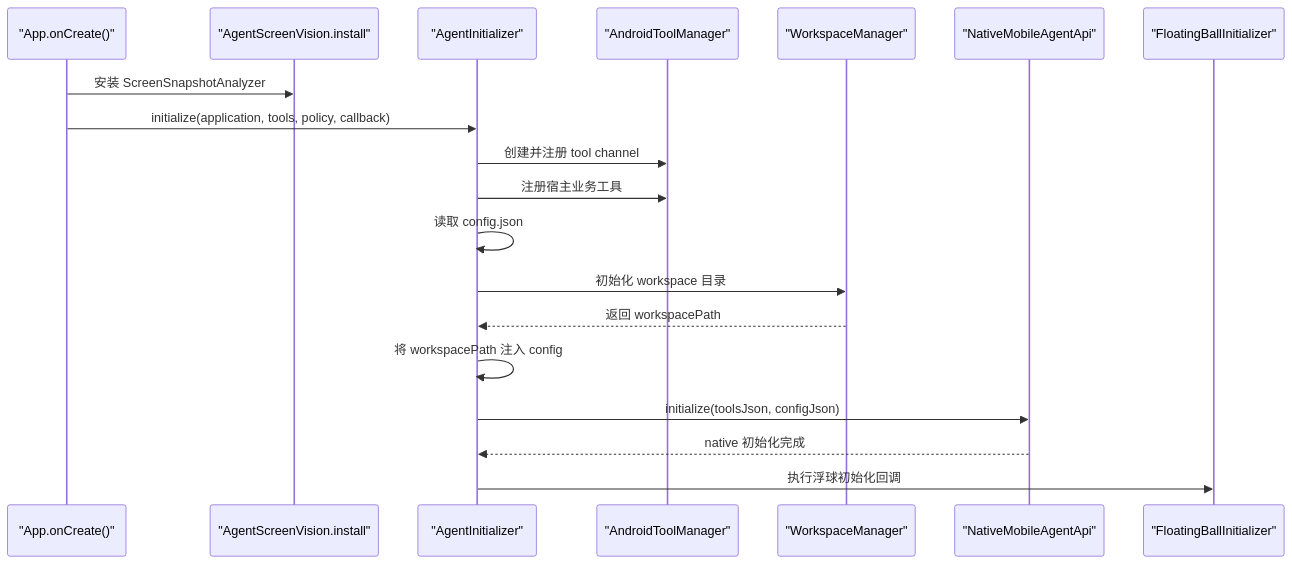
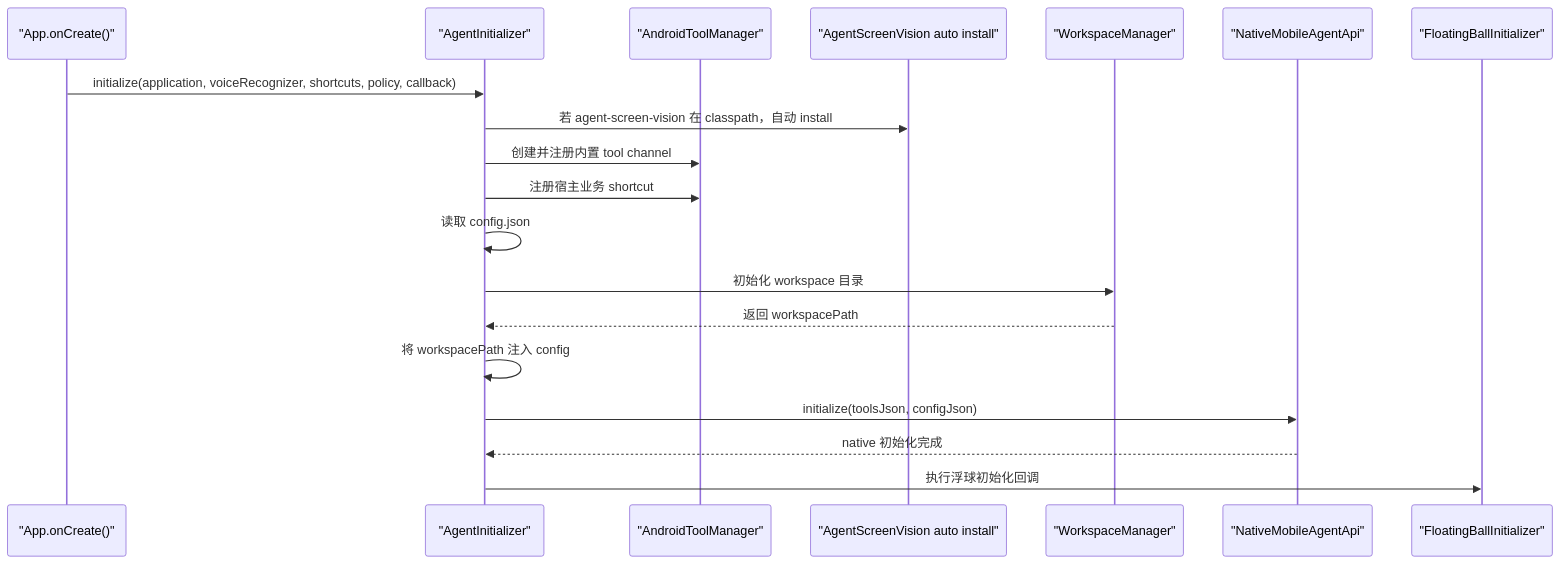
Before and after one commit to xxcai/mobile-agent: the first of 8 diagrams in docs/architecture/current-agent-business-flow-sequence.md, drawn with Mermaid. The commit also changed other lines of this file and 1 other file, not shown here.

Commit message:
docs: document merged agent flow and web dom path

````diff
--- a/docs/architecture/current-agent-business-flow-sequence.md
+++ b/docs/architecture/current-agent-business-flow-sequence.md
@@ -26,22 +27,22 @@
 ```mermaid
 sequenceDiagram
     participant App as "App.onCreate()"
-    participant VisionInstall as "AgentScreenVision.install"
     participant Init as "AgentInitializer"
     participant ToolManager as "AndroidToolManager"
+    participant Vision as "AgentScreenVision auto install"
     participant Workspace as "WorkspaceManager"
     participant Native as "NativeMobileAgentApi"
     participant Floating as "FloatingBallInitializer"
 
-    App->>VisionInstall: 安装 ScreenSnapshotAnalyzer
-    App->>Init: initialize(application, tools, policy, callback)
-    Init->>ToolManager: 创建并注册 tool channel
-    Init->>ToolManager: 注册宿主业务工具
+    App->>Init: initialize(application, voiceRecognizer, shortcuts, policy, callback)
+    Init->>Vision: 若 agent-screen-vision 在 classpath，自动 install
+    Init->>ToolManager: 创建并注册内置 tool channel
+    Init->>ToolManager: 注册宿主业务 shortcut
     Init->>Init: 读取 config.json
     Init->>Workspace: 初始化 workspace 目录
     Workspace-->>Init: 返回 workspacePath
     Init->>Init: 将 workspacePath 注入 config
     Init->>Native: initialize(toolsJson, configJson)
     Native-->>Init: native 初始化完成
     Init->>Floating: 执行浮球初始化回调
 ```
````
